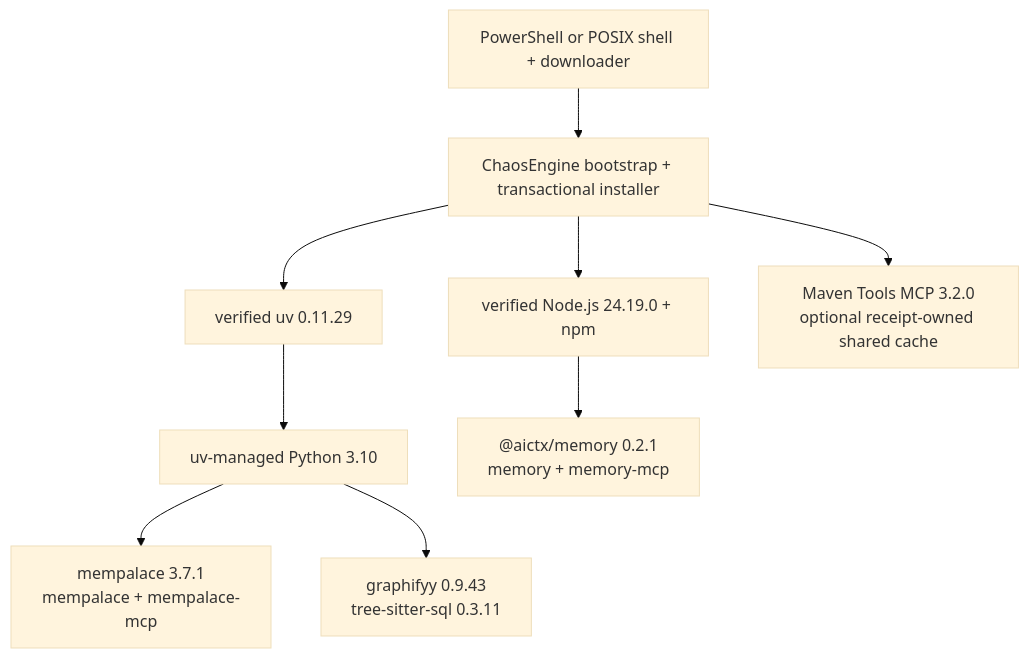
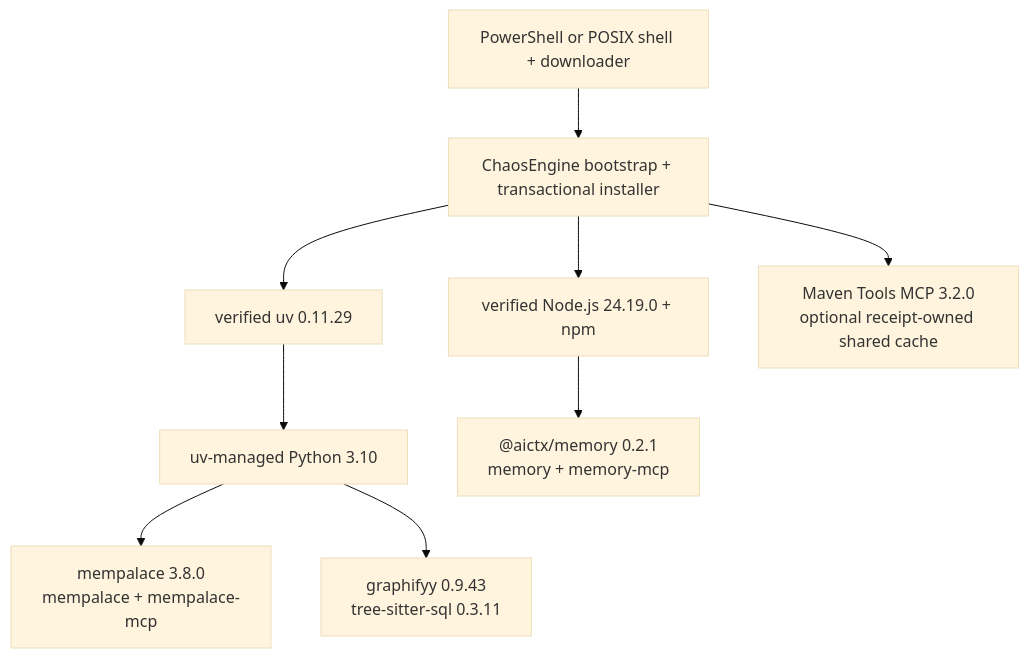
One commit to ShaftHQ/SHAFT_ENGINE changed the second of 13 diagrams in chaos-engine/README.md. Above: the diagram before and after it, drawn with Mermaid (base theme). The commit also changed other lines of this file and 13 other files, not shown here.

````diff
--- a/chaos-engine/README.md
+++ b/chaos-engine/README.md
@@ -203,13 +203,13 @@
 ```mermaid
 flowchart TD
     accTitle: Runtime dependency graph
     accDescr: Platform prerequisites feed the transactional installer and its pinned project-local runtime tools.
     Shell["PowerShell or POSIX shell + downloader"] --> Installer["ChaosEngine bootstrap + transactional installer"]
     Installer --> UV["verified uv 0.11.29"]
     UV --> ManagedPython["uv-managed Python 3.10"]
-    ManagedPython --> MP["mempalace 3.7.1<br/>mempalace + mempalace-mcp"]
+    ManagedPython --> MP["mempalace 3.8.0<br/>mempalace + mempalace-mcp"]
     ManagedPython --> GF["graphifyy 0.9.43<br/>tree-sitter-sql 0.3.11"]
     Installer --> Node["verified Node.js 24.19.0 + npm"]
     Node --> MEM["@aictx/memory 0.2.1<br/>memory + memory-mcp"]
     Installer --> Maven["Maven Tools MCP 3.2.0<br/>optional receipt-owned shared cache"]
 ```
````
